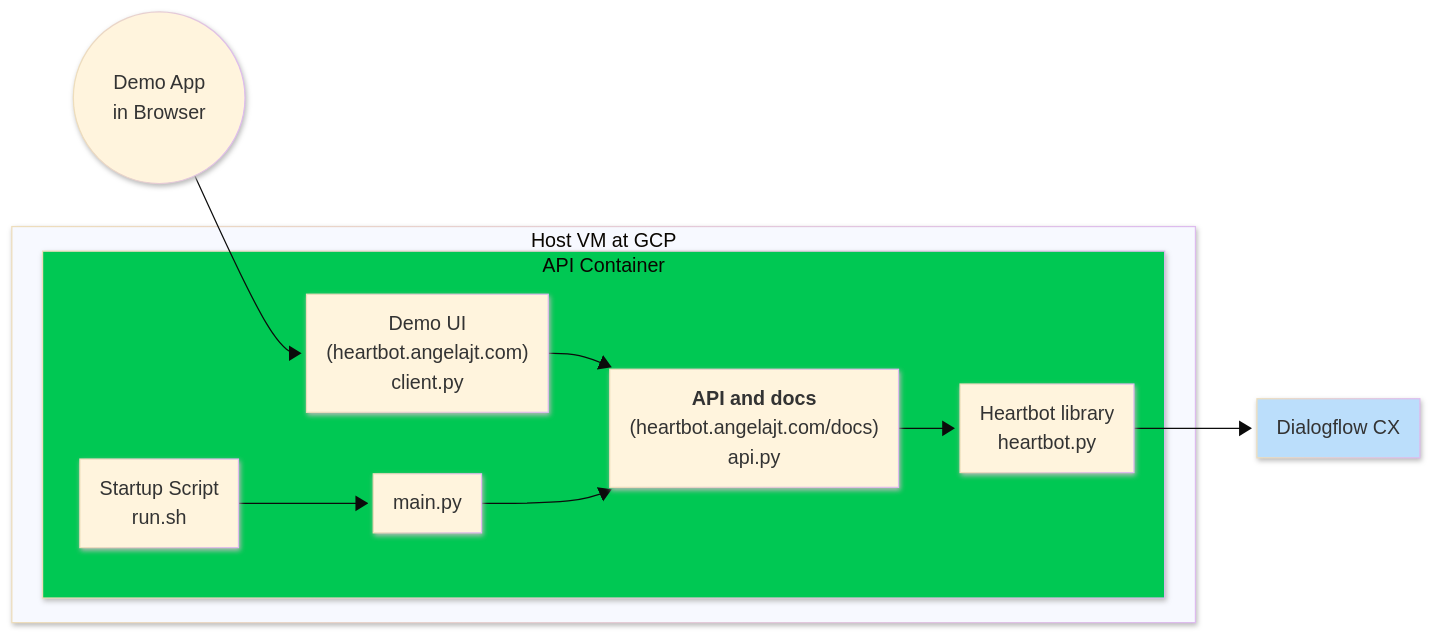
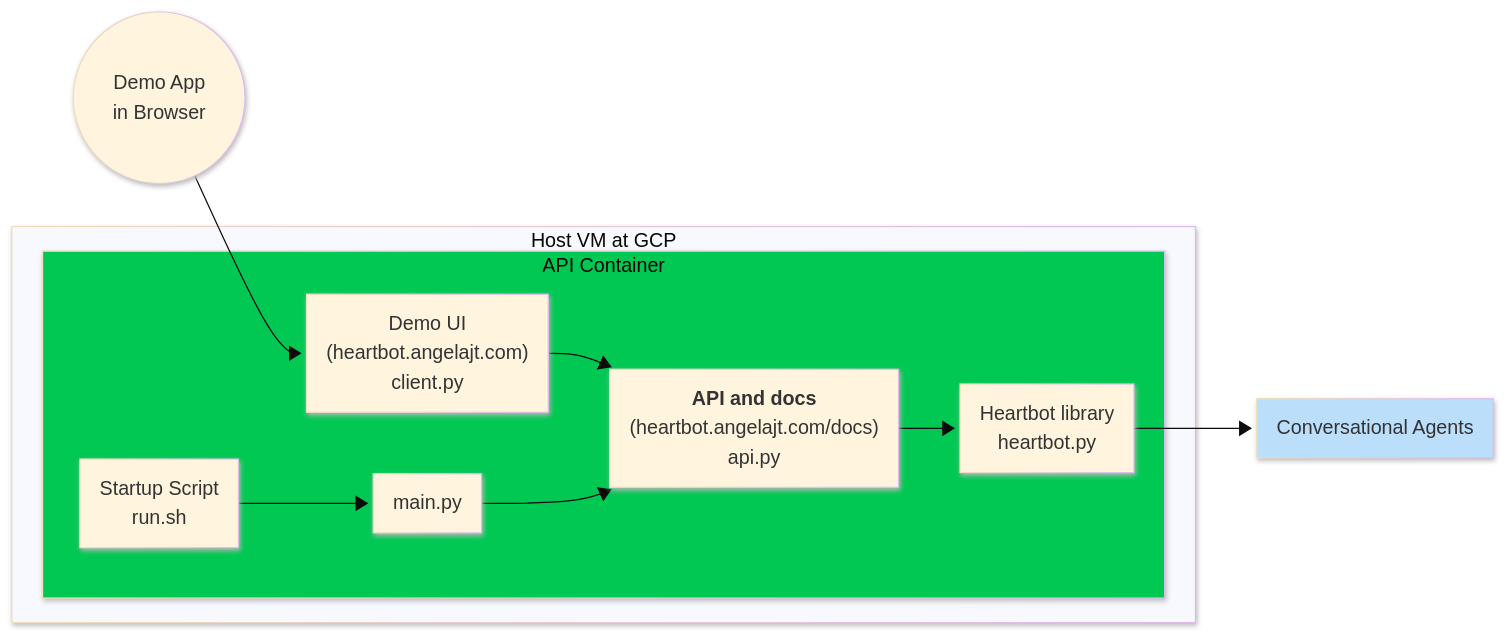
The diagram in README.md (angelajt/heartbot), drawn with Mermaid (base theme) before and after one commit. The commit also changed 1 other file, not shown here.

Commit message:
minor revisions

````diff
--- a/README.md
+++ b/README.md
@@ -3,27 +3,27 @@
 ```mermaid
 ---
 config:
   layout: dagre
   look: neo
 ---
 flowchart LR
  subgraph API_Container["API Container"]
         ui["Demo UI<br>(heartbot.angelajt.com)<br>client.py"]
         api["<b>API and docs</b><br>(heartbot.angelajt.com/docs)<br>api.py"]
         heartbot["Heartbot library<br>heartbot.py"]
         startup["Startup Script<br>run.sh"]
         server["main.py"]
   end
  subgraph Host_VM["Host VM at GCP"]
         API_Container
   end
     browser["Demo App <br>in Browser"] --> ui
     ui --> api
     api --> heartbot
-    heartbot --> dialogflow["Dialogflow CX"]
+    heartbot --> ca["Conversational Agents"]
     startup --> server
     server --> api
     browser@{shape: circle}
     style API_Container fill:#00C853
-    style dialogflow fill:#BBDEFB
+    style ca fill:#BBDEFB
 ```
````
